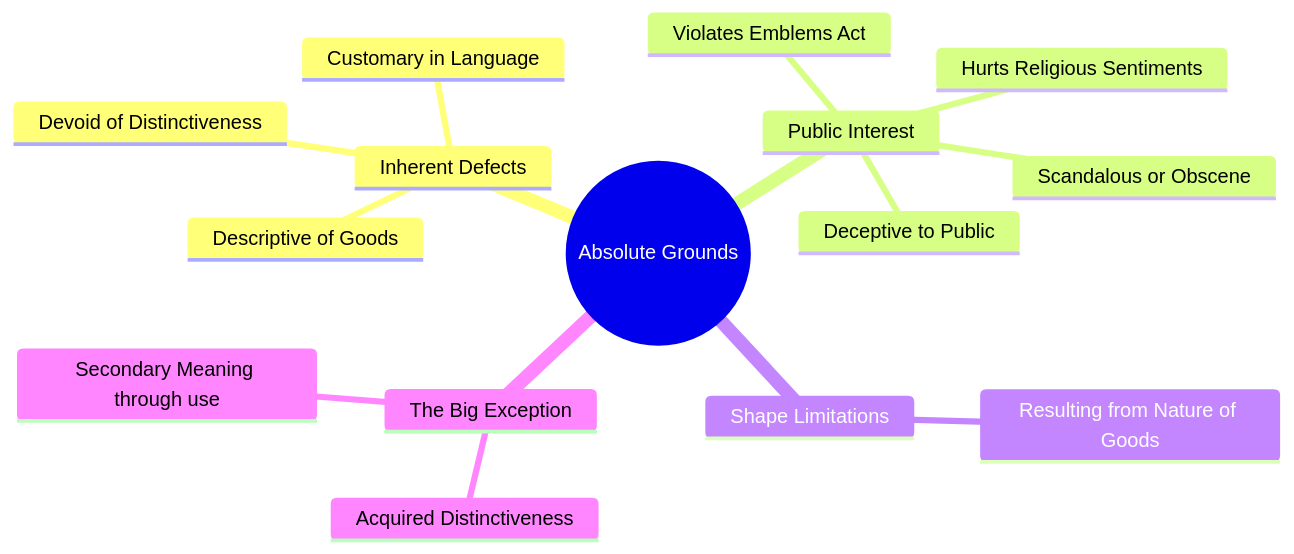
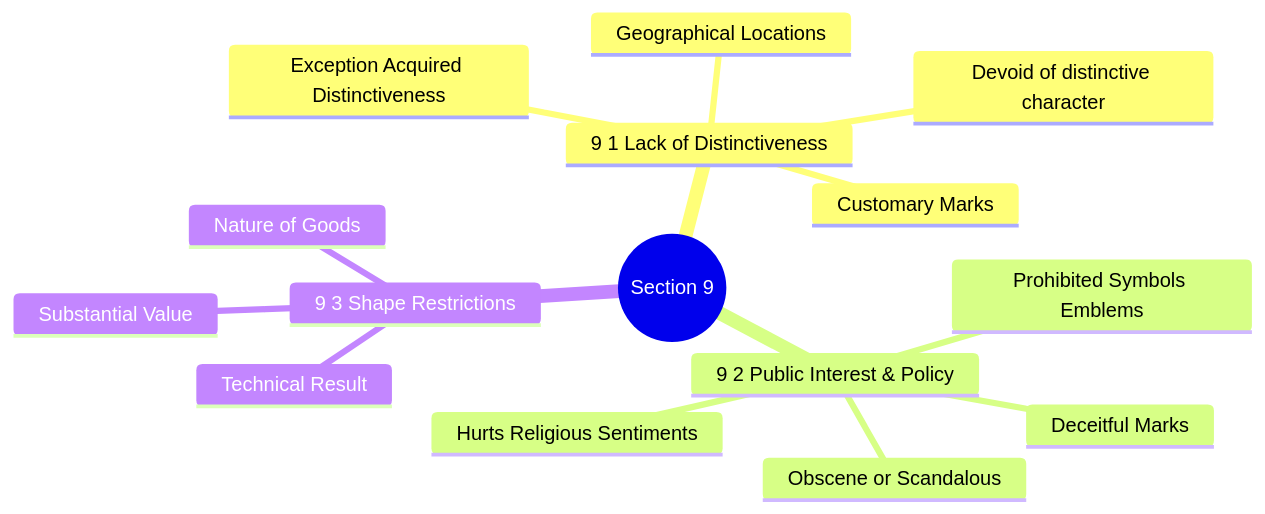
Before and after one commit to Aryns293/IPR: the sixth of 6 diagrams in 11_Grounds_for_Refusal_of_Registration_of_Trademarks.md, drawn with Mermaid. The commit also changed other lines of this file, not shown here.

````diff
--- a/11_Grounds_for_Refusal_of_Registration_of_Trademarks.md
+++ b/11_Grounds_for_Refusal_of_Registration_of_Trademarks.md
@@ -123,18 +319,18 @@
 ```mermaid
 mindmap
-  root((Absolute Grounds))
-    Inherent Defects
-      Devoid of Distinctiveness
-      Descriptive of Goods
-      Customary in Language
-    Public Interest
-      Deceptive to Public
+  root((Section 9))
+    9 1 Lack of Distinctiveness
+      Devoid of distinctive character
+      Geographical Locations
+      Customary Marks
+      Exception Acquired Distinctiveness
+    9 2 Public Interest & Policy
+      Deceitful Marks
       Hurts Religious Sentiments
-      Scandalous or Obscene
-      Violates Emblems Act
-    Shape Limitations
-      Resulting from Nature of Goods
-    The Big Exception
-      Acquired Distinctiveness
-      Secondary Meaning through use
+      Obscene or Scandalous
+      Prohibited Symbols Emblems
+    9 3 Shape Restrictions
+      Nature of Goods
+      Technical Result
+      Substantial Value
 ```
````
